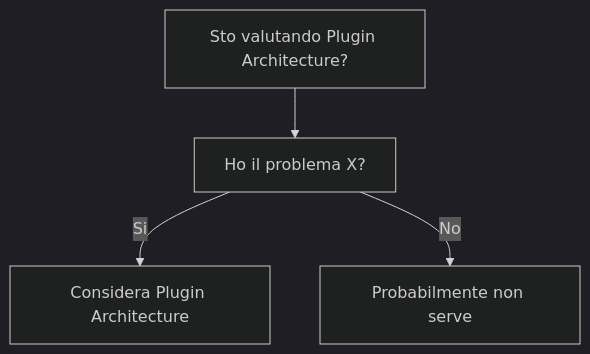
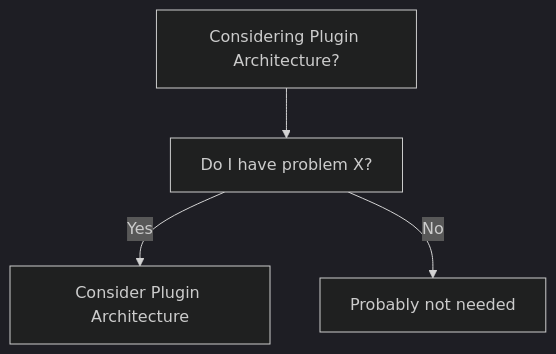
The diagram in dev-wiki/02_Architecture/Plugin_Architecture/When_To_Use.md (HxT9/Software-Dev-Wiki), drawn with Mermaid (dark theme) before and after one commit. The commit also changed other lines of this file and 3444 other files, not shown here.

````diff
--- a/dev-wiki/02_Architecture/Plugin_Architecture/When_To_Use.md
+++ b/dev-wiki/02_Architecture/Plugin_Architecture/When_To_Use.md
@@ -19,6 +19,6 @@
 ```mermaid
 flowchart TD
-  Q[Sto valutando Plugin Architecture?] --> Q1[Ho il problema X?]
-  Q1 -->|Si| OK[Considera Plugin Architecture]
-  Q1 -->|No| NO[Probabilmente non serve]
+  Q[Considering Plugin Architecture?] --> Q1[Do I have problem X?]
+  Q1 -->|Yes| OK[Consider Plugin Architecture]
+  Q1 -->|No| NO[Probably not needed]
 ```
````
